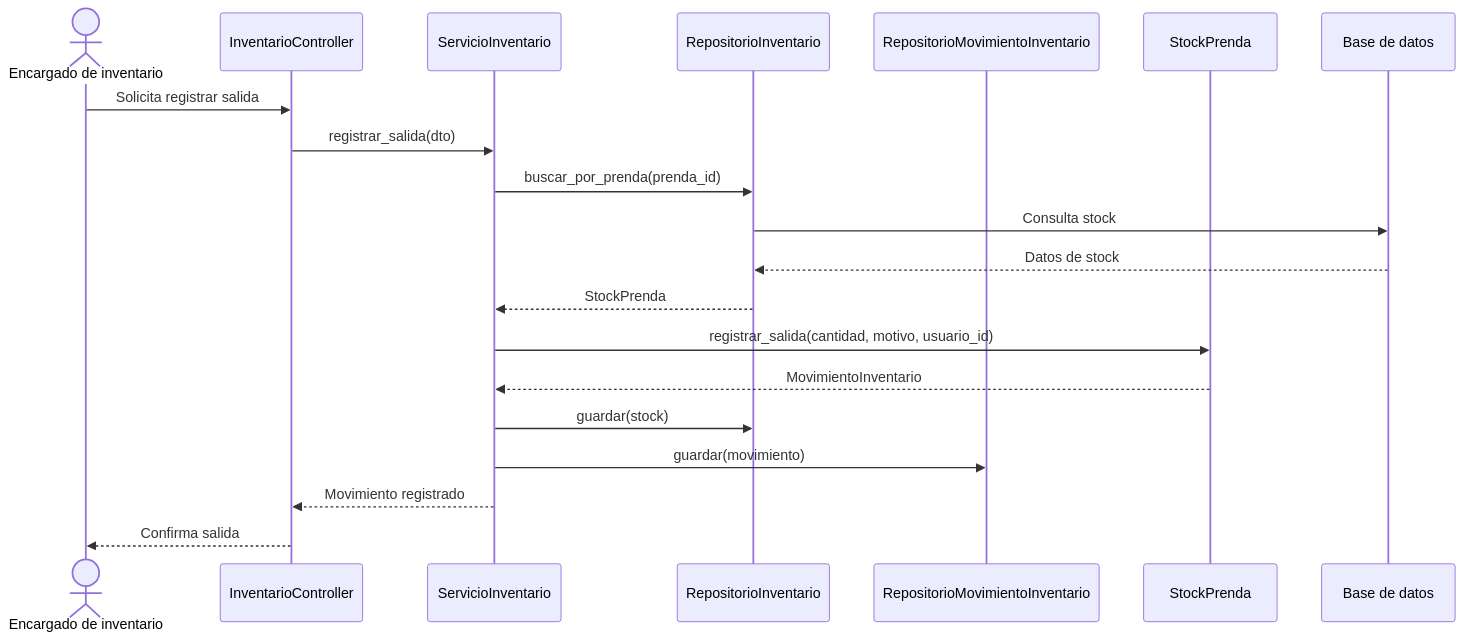
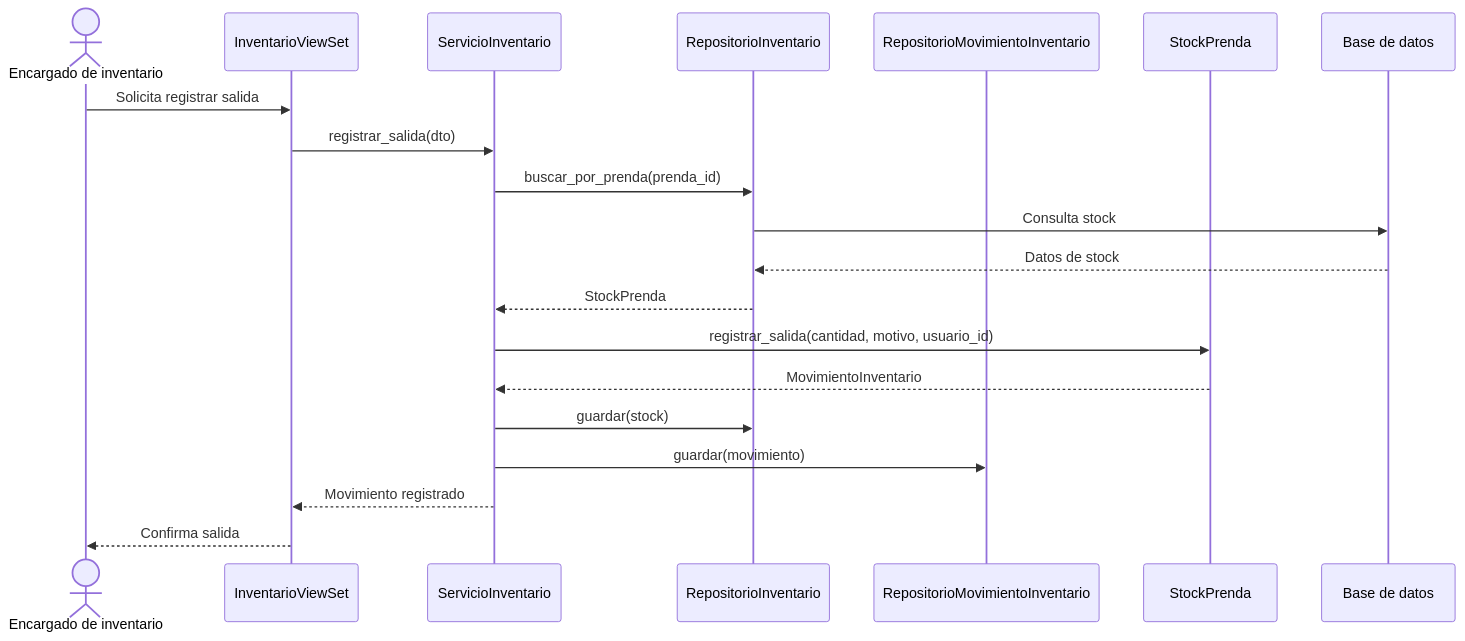
The third of 3 diagrams in docs/arquitectura.md (javierRock/SoftwareTextil), drawn with Mermaid before and after one commit. The commit also changed other lines of this file and 26 other files, not shown here.

````diff
--- a/docs/arquitectura.md
+++ b/docs/arquitectura.md
@@ -158,23 +136,23 @@
 ```mermaid
 sequenceDiagram
     actor Encargado as Encargado de inventario
-    participant API as InventarioController
+    participant API as InventarioViewSet
     participant Servicio as ServicioInventario
     participant StockRepo as RepositorioInventario
     participant MovRepo as RepositorioMovimientoInventario
     participant Stock as StockPrenda
     participant DB as Base de datos
 
     Encargado->>API: Solicita registrar salida
     API->>Servicio: registrar_salida(dto)
     Servicio->>StockRepo: buscar_por_prenda(prenda_id)
     StockRepo->>DB: Consulta stock
     DB-->>StockRepo: Datos de stock
     StockRepo-->>Servicio: StockPrenda
     Servicio->>Stock: registrar_salida(cantidad, motivo, usuario_id)
     Stock-->>Servicio: MovimientoInventario
     Servicio->>StockRepo: guardar(stock)
     Servicio->>MovRepo: guardar(movimiento)
     Servicio-->>API: Movimiento registrado
     API-->>Encargado: Confirma salida
 ```
````
